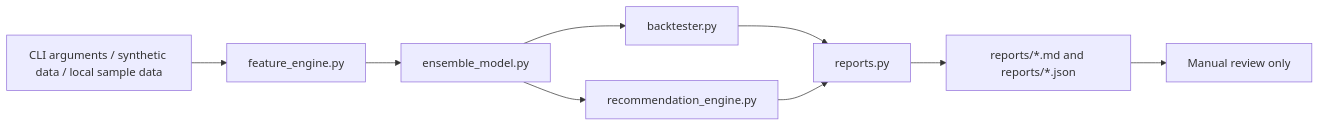
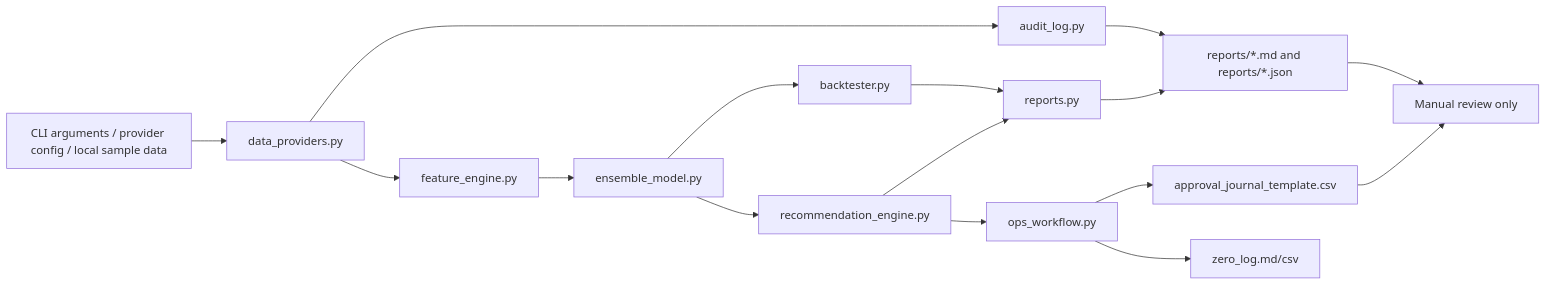
Before and after one commit to macho715/stock_hermes: the second of 2 diagrams in docs/SYSTEM_ARCHITECTURE.md, drawn with Mermaid. The commit also changed other lines of this file and 47 other files, not shown here.

Commit message:
Add OpenBB provider audit workflow docs

````diff
--- a/docs/SYSTEM_ARCHITECTURE.md
+++ b/docs/SYSTEM_ARCHITECTURE.md
@@ -32,11 +42,18 @@
 ```mermaid
 flowchart LR
-    Input[CLI arguments / synthetic data / local sample data] --> Features[feature_engine.py]
+    Input[CLI arguments / provider config / local sample data] --> Provider[data_providers.py]
+    Provider --> Audit[audit_log.py]
+    Provider --> Features[feature_engine.py]
     Features --> Model[ensemble_model.py]
     Model --> Backtest[backtester.py]
     Model --> Recommendation[recommendation_engine.py]
     Backtest --> ReportWriter[reports.py]
     Recommendation --> ReportWriter
+    Recommendation --> OpsWorkflow[ops_workflow.py]
     ReportWriter --> Reports[reports/*.md and reports/*.json]
+    OpsWorkflow --> Approval[approval_journal_template.csv]
+    OpsWorkflow --> ZeroLog[zero_log.md/csv]
+    Audit --> Reports
     Reports --> HumanReview[Manual review only]
+    Approval --> HumanReview
 ```
````
